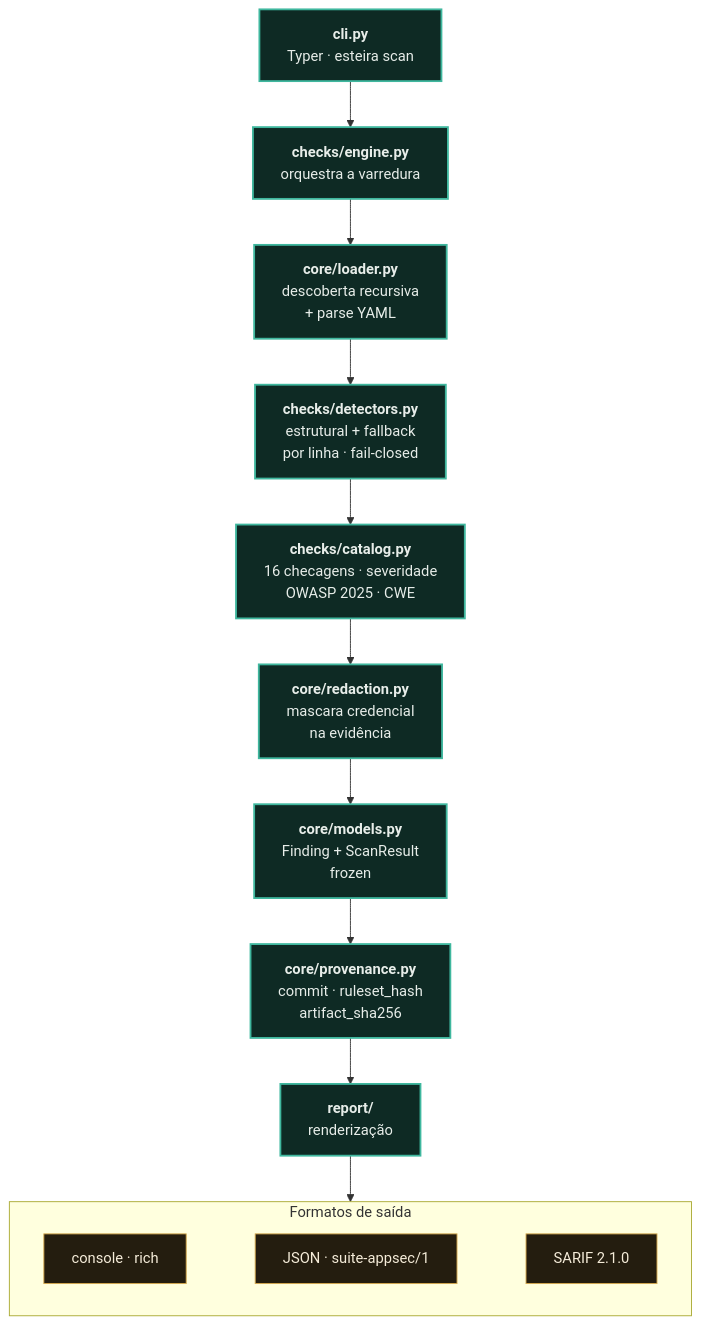
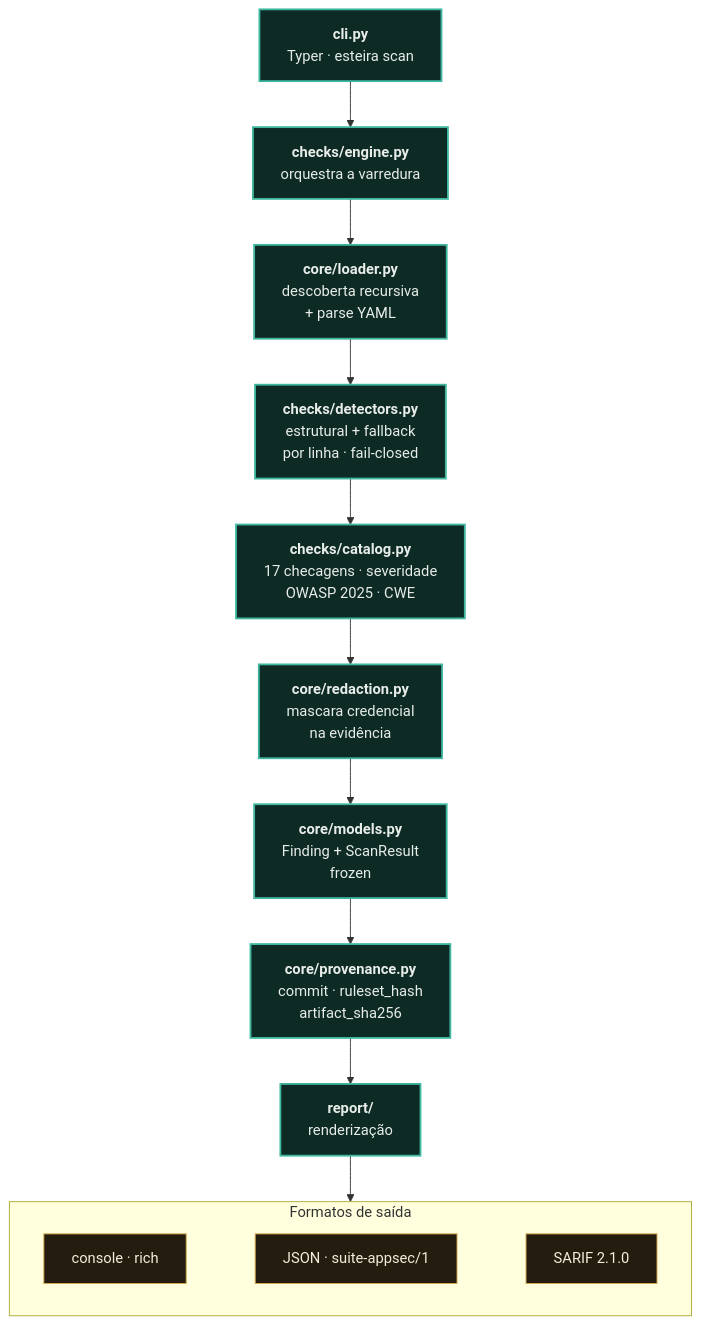
One commit to Paulo-Marcos-Lucio/esteira changed the diagram in README.md. Above: the diagram before and after it, drawn with Mermaid. The commit also changed other lines of this file and 7 other files, not shown here.

````diff
--- a/README.md
+++ b/README.md
@@ -237,20 +238,20 @@
 ```mermaid
 flowchart TD
     A["<b>cli.py</b><br/>Typer · esteira scan"] --> ENG["<b>checks/engine.py</b><br/>orquestra a varredura"]
     ENG --> LOAD["<b>core/loader.py</b><br/>descoberta recursiva<br/>+ parse YAML"]
     LOAD --> DET["<b>checks/detectors.py</b><br/>estrutural + fallback<br/>por linha · fail-closed"]
-    DET --> CAT["<b>checks/catalog.py</b><br/>16 checagens · severidade<br/>OWASP 2025 · CWE"]
+    DET --> CAT["<b>checks/catalog.py</b><br/>17 checagens · severidade<br/>OWASP 2025 · CWE"]
     CAT --> RED["<b>core/redaction.py</b><br/>mascara credencial<br/>na evidência"]
     RED --> FND["<b>core/models.py</b><br/>Finding + ScanResult<br/>frozen"]
     FND --> PRV["<b>core/provenance.py</b><br/>commit · ruleset_hash<br/>artifact_sha256"]
     PRV --> REP["<b>report/</b><br/>renderização"]
     REP --> OUT
     subgraph OUT [" Formatos de saída "]
         direction LR
         CON["console · rich"] ~~~ JS["JSON · suite-appsec/1"] ~~~ SA["SARIF 2.1.0"]
     end
     classDef nucleo fill:#0e2a24,stroke:#3fb79e,stroke-width:2px,color:#e7ede9;
     classDef saida fill:#241d0f,stroke:#d6a94e,color:#f5ecd9;
     class A,ENG,LOAD,DET,CAT,RED,FND,PRV,REP nucleo;
     class CON,JS,SA saida;
 ```
````
